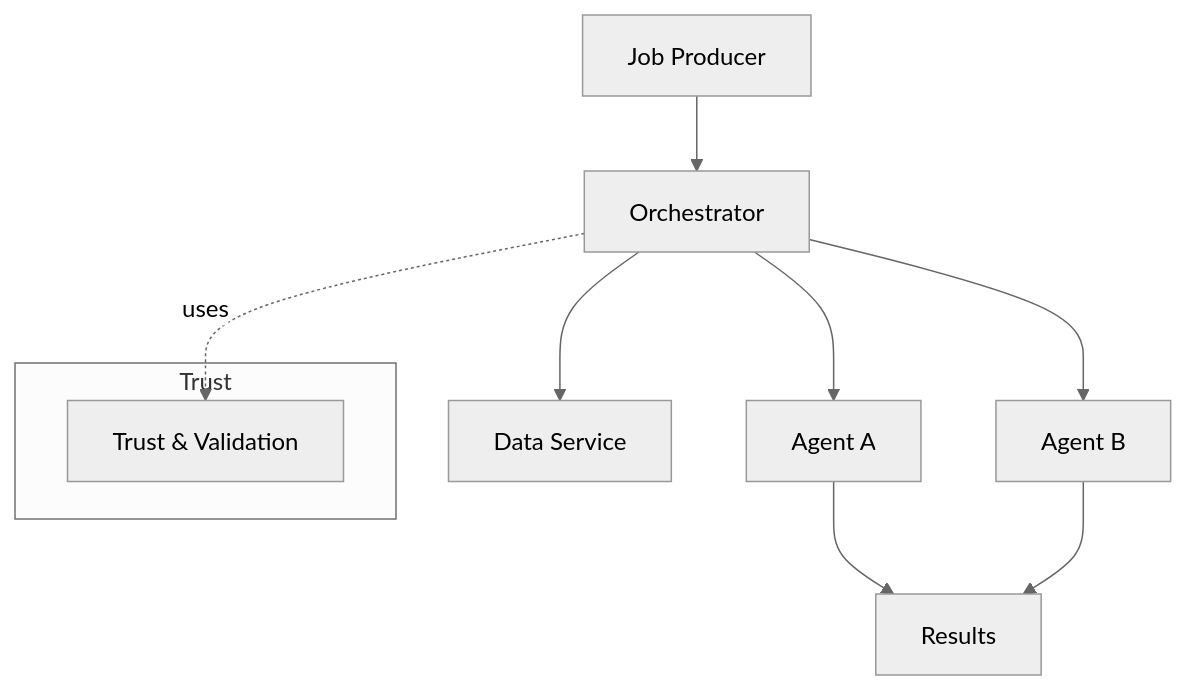
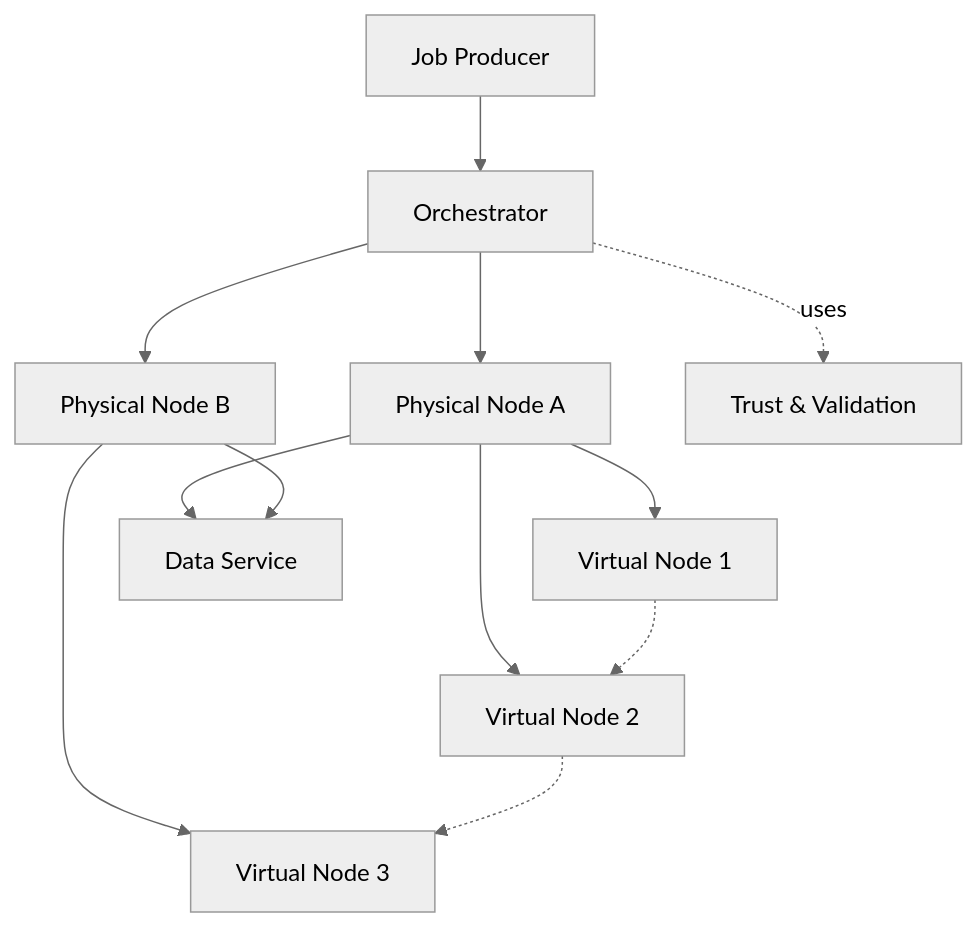
One commit to Free-LLM/free-llm.github.io changed the diagram in architecture.md. Above: the diagram before and after it, drawn with Mermaid (neutral theme). The commit also changed other lines of this file and 10 other files, not shown here.

````diff
--- a/architecture.md
+++ b/architecture.md
@@ -52,13 +52,14 @@
 ```mermaid
 flowchart TD
   JP[Job Producer] --> OR[Orchestrator]
-  OR --> A[Agent A]
-  OR --> B[Agent B]
-  A --> R[Results]
-  B --> R
-  OR --> DS[Data Service]
-  subgraph Trust
-    T[Trust & Validation]
-  end
-  OR -. uses .-> T
+  OR --> PN1[Physical Node A]
+  OR --> PN2[Physical Node B]
+  PN1 --> VN1[Virtual Node 1]
+  PN1 --> VN2[Virtual Node 2]
+  PN2 --> VN3[Virtual Node 3]
+  VN1 -.-> VN2
+  VN2 -.-> VN3
+  OR -. uses .-> T[Trust & Validation]
+  PN1 --> DS[Data Service]
+  PN2 --> DS
 ```
````
